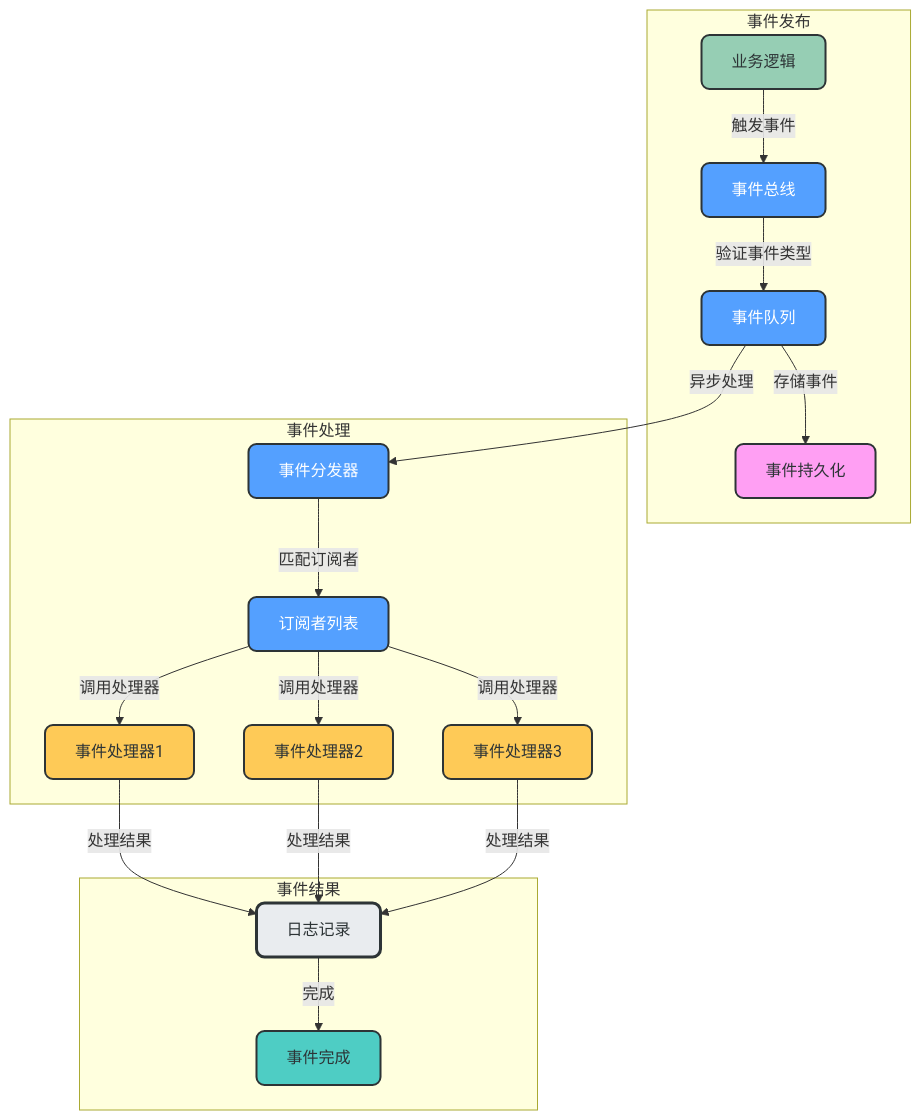
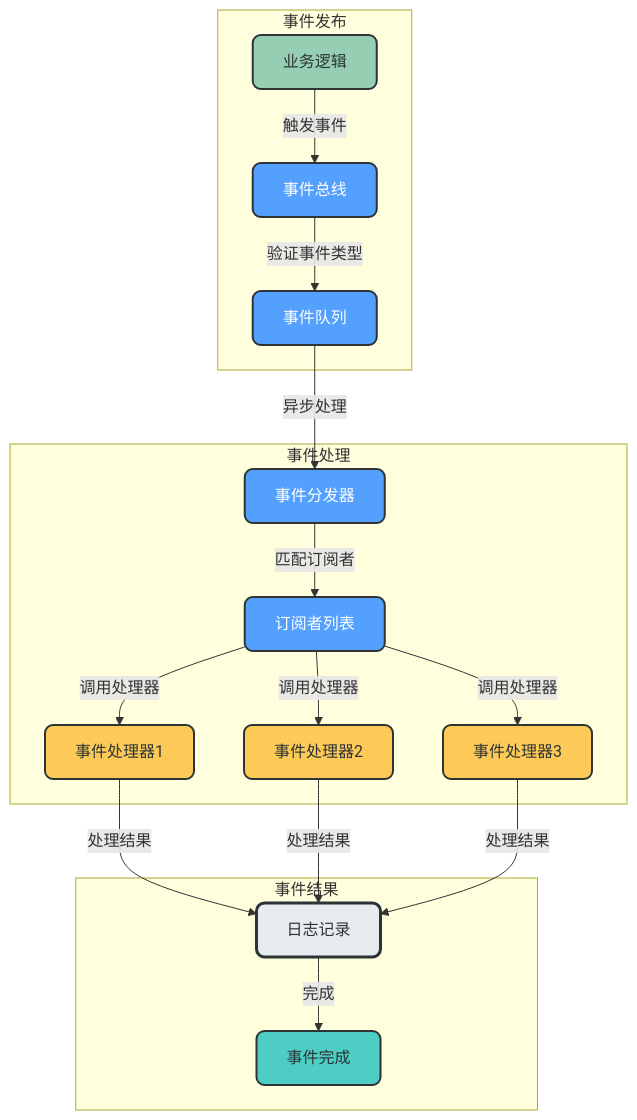
Before and after one commit to amuqiao/fastapi-enterprise-framework-template: the fourth of 4 diagrams in README.md, drawn with Mermaid. The commit also changed other lines of this file and 3 other files, not shown here.

````diff
--- a/README.md
+++ b/README.md
@@ -140,35 +242,33 @@
 ```mermaid
 flowchart TD
     subgraph 事件发布
         A[业务逻辑] -->|触发事件| B[事件总线]
         B -->|验证事件类型| C[事件队列]
-        C -->|存储事件| D[事件持久化]
     end
 
     subgraph 事件处理
-        C -->|异步处理| E[事件分发器]
-        E -->|匹配订阅者| F[订阅者列表]
-        F -->|调用处理器| G[事件处理器1]
-        F -->|调用处理器| H[事件处理器2]
-        F -->|调用处理器| I[事件处理器3]
+        C -->|异步处理| D[事件分发器]
+        D -->|匹配订阅者| E[订阅者列表]
+        E -->|调用处理器| F[事件处理器1]
+        E -->|调用处理器| G[事件处理器2]
+        E -->|调用处理器| H[事件处理器3]
     end
 
     subgraph 事件结果
-        G -->|处理结果| J[日志记录]
-        H -->|处理结果| J
-        I -->|处理结果| J
-        J -->|完成| K[事件完成]
+        F -->|处理结果| I[日志记录]
+        G -->|处理结果| I
+        H -->|处理结果| I
+        I -->|完成| J[事件完成]
     end
 
     style A fill:#96CEB4,stroke:#2D3436,stroke-width:2px,color:#2D3436,rx:8,ry:8
     style B fill:#54A0FF,stroke:#2D3436,stroke-width:2px,color:white,rx:8,ry:8
     style C fill:#54A0FF,stroke:#2D3436,stroke-width:2px,color:white,rx:8,ry:8
-    style D fill:#FF9FF3,stroke:#2D3436,stroke-width:2px,color:#2D3436,rx:8,ry:8
+    style D fill:#54A0FF,stroke:#2D3436,stroke-width:2px,color:white,rx:8,ry:8
     style E fill:#54A0FF,stroke:#2D3436,stroke-width:2px,color:white,rx:8,ry:8
-    style F fill:#54A0FF,stroke:#2D3436,stroke-width:2px,color:white,rx:8,ry:8
+    style F fill:#FECA57,stroke:#2D3436,stroke-width:2px,color:#2D3436,rx:8,ry:8
     style G fill:#FECA57,stroke:#2D3436,stroke-width:2px,color:#2D3436,rx:8,ry:8
     style H fill:#FECA57,stroke:#2D3436,stroke-width:2px,color:#2D3436,rx:8,ry:8
-    style I fill:#FECA57,stroke:#2D3436,stroke-width:2px,color:#2D3436,rx:8,ry:8
-    style J fill:#E9ECEF,stroke:#2D3436,stroke-width:3px,color:#2D3436,rx:8,ry:8
-    style K fill:#4ECDC4,stroke:#2D3436,stroke-width:2px,color:#2D3436,rx:8,ry:8
+    style I fill:#E9ECEF,stroke:#2D3436,stroke-width:3px,color:#2D3436,rx:8,ry:8
+    style J fill:#4ECDC4,stroke:#2D3436,stroke-width:2px,color:#2D3436,rx:8,ry:8
 ```
````
